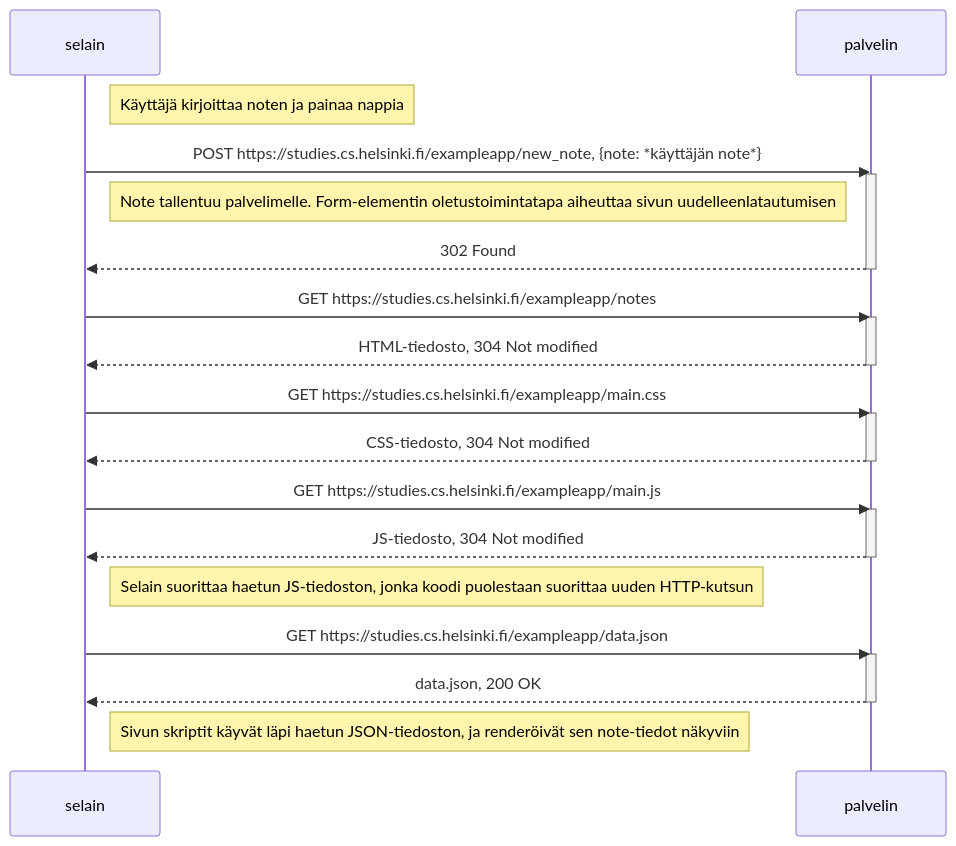
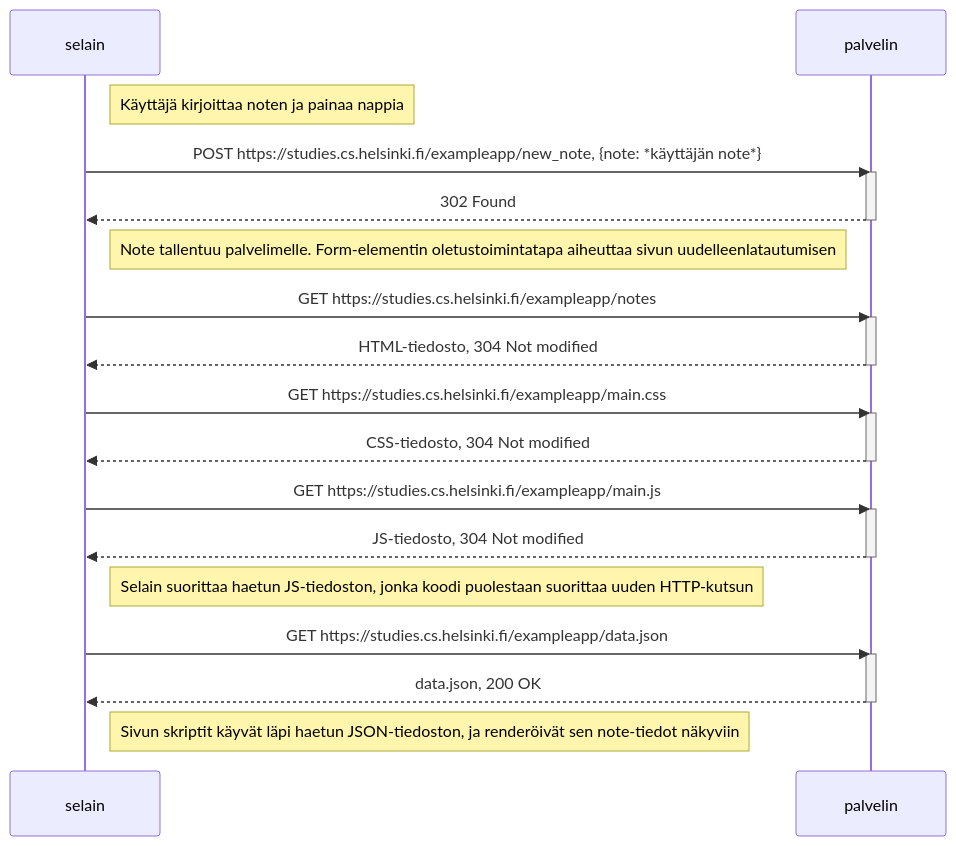
The diagram in osa0/0.4.md (EeegorL/fullStackOpen), drawn with Mermaid before and after one commit. The commit also changed other lines of this file, not shown here.

````diff
--- a/osa0/0.4.md
+++ b/osa0/0.4.md
@@ -1,35 +1,35 @@
 ```mermaid
 sequenceDiagram
     participant selain
     participant palvelin
 
     Note right of selain: Käyttäjä kirjoittaa noten ja painaa nappia
     selain->>palvelin: POST https://studies.cs.helsinki.fi/exampleapp/new_note, {note: *käyttäjän note*}
     activate palvelin
-    Note left of palvelin: Note tallentuu palvelimelle. Form-elementin oletustoimintatapa aiheuttaa sivun uudelleenlatautumisen
     palvelin-->>selain: 302 Found
     deactivate palvelin
 
+    Note left of palvelin: Note tallentuu palvelimelle. Form-elementin oletustoimintatapa aiheuttaa sivun uudelleenlatautumisen
     selain->>palvelin: GET https://studies.cs.helsinki.fi/exampleapp/notes
     activate palvelin
     palvelin-->>selain: HTML-tiedosto, 304 Not modified
     deactivate palvelin
 
     selain->>palvelin: GET https://studies.cs.helsinki.fi/exampleapp/main.css
     activate palvelin
     palvelin-->>selain: CSS-tiedosto, 304 Not modified
     deactivate palvelin
 
     selain->>palvelin: GET https://studies.cs.helsinki.fi/exampleapp/main.js
     activate palvelin
     palvelin-->>selain: JS-tiedosto, 304 Not modified
     deactivate palvelin
 
     Note right of selain: Selain suorittaa haetun JS-tiedoston, jonka koodi puolestaan suorittaa uuden HTTP-kutsun
     selain->>palvelin: GET https://studies.cs.helsinki.fi/exampleapp/data.json
     activate palvelin
     palvelin-->>selain: data.json, 200 OK
     deactivate palvelin
 
     Note right of selain: Sivun skriptit käyvät läpi haetun JSON-tiedoston, ja renderöivät sen note-tiedot näkyviin
 ```
````
